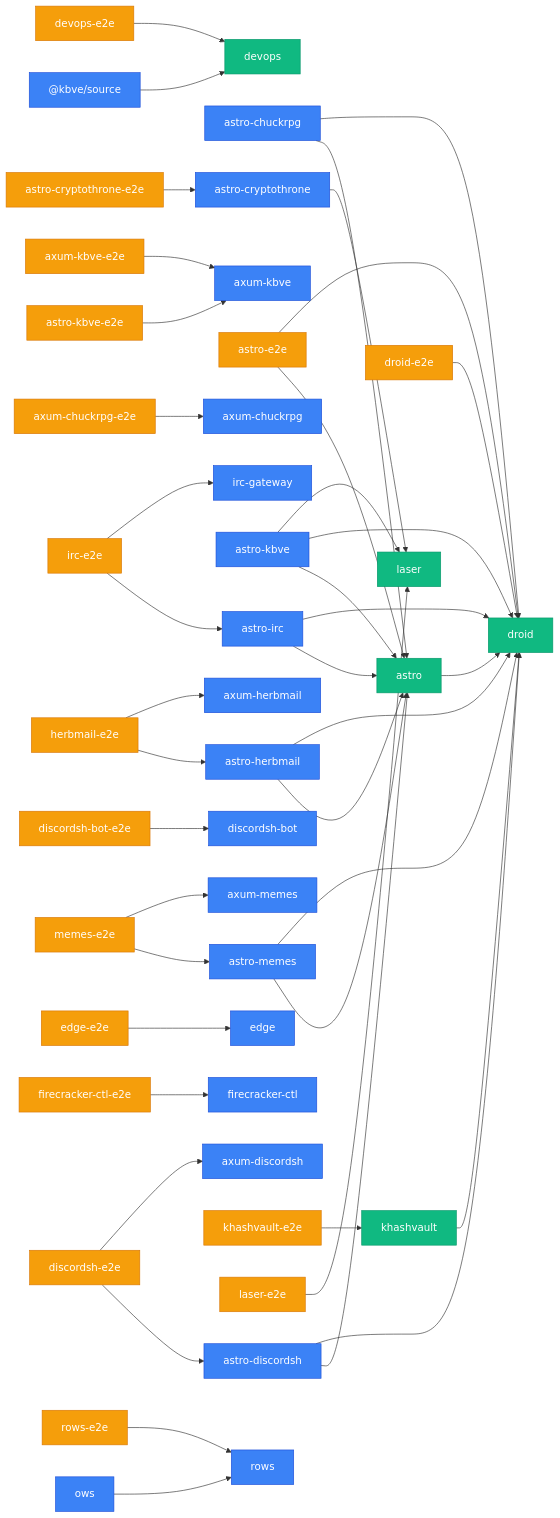
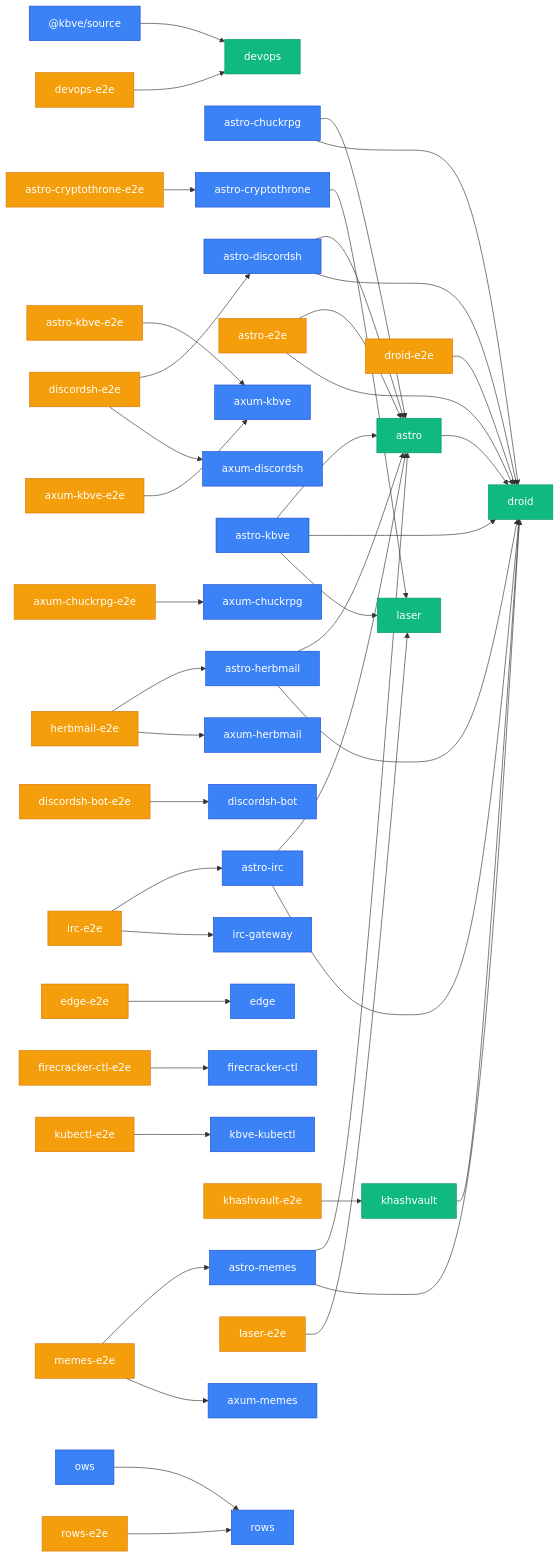
Before and after one commit to KBVE/kbve: the third of 3 diagrams in apps/kbve/astro-kbve/src/content/docs/dashboard/graph.mdx, drawn with Mermaid. The commit also changed other lines of this file and 8 other files, not shown here.

````diff
--- a/apps/kbve/astro-kbve/src/content/docs/dashboard/graph.mdx
+++ b/apps/kbve/astro-kbve/src/content/docs/dashboard/graph.mdx
@@ -79,49 +79,50 @@
 ```mermaid
 graph LR
     classDef app fill:#3b82f6,stroke:#1d4ed8,color:#fff
     classDef lib fill:#10b981,stroke:#059669,color:#fff
     classDef e2e fill:#f59e0b,stroke:#d97706,color:#fff
     _kbve_source["@kbve/source"] --> devops["devops"]
     astro["astro"] --> droid["droid"]
     astro_chuckrpg["astro-chuckrpg"] --> astro["astro"]
     astro_chuckrpg["astro-chuckrpg"] --> droid["droid"]
     astro_cryptothrone["astro-cryptothrone"] --> laser["laser"]
     astro_cryptothrone_e2e["astro-cryptothrone-e2e"] --> astro_cryptothrone["astro-cryptothrone"]
     astro_discordsh["astro-discordsh"] --> astro["astro"]
     astro_discordsh["astro-discordsh"] --> droid["droid"]
     astro_e2e["astro-e2e"] --> astro["astro"]
     astro_e2e["astro-e2e"] --> droid["droid"]
     astro_herbmail["astro-herbmail"] --> astro["astro"]
     astro_herbmail["astro-herbmail"] --> droid["droid"]
     astro_irc["astro-irc"] --> astro["astro"]
     astro_irc["astro-irc"] --> droid["droid"]
     astro_kbve["astro-kbve"] --> astro["astro"]
     astro_kbve["astro-kbve"] --> droid["droid"]
     astro_kbve["astro-kbve"] --> laser["laser"]
     astro_kbve_e2e["astro-kbve-e2e"] --> axum_kbve["axum-kbve"]
     astro_memes["astro-memes"] --> astro["astro"]
     astro_memes["astro-memes"] --> droid["droid"]
     axum_chuckrpg_e2e["axum-chuckrpg-e2e"] --> axum_chuckrpg["axum-chuckrpg"]
     axum_kbve_e2e["axum-kbve-e2e"] --> axum_kbve["axum-kbve"]
     devops_e2e["devops-e2e"] --> devops["devops"]
     discordsh_bot_e2e["discordsh-bot-e2e"] --> discordsh_bot["discordsh-bot"]
     discordsh_e2e["discordsh-e2e"] --> astro_discordsh["astro-discordsh"]
     discordsh_e2e["discordsh-e2e"] --> axum_discordsh["axum-discordsh"]
     droid_e2e["droid-e2e"] --> droid["droid"]
     edge_e2e["edge-e2e"] --> edge["edge"]
     firecracker_ctl_e2e["firecracker-ctl-e2e"] --> firecracker_ctl["firecracker-ctl"]
     herbmail_e2e["herbmail-e2e"] --> astro_herbmail["astro-herbmail"]
     herbmail_e2e["herbmail-e2e"] --> axum_herbmail["axum-herbmail"]
     irc_e2e["irc-e2e"] --> astro_irc["astro-irc"]
     irc_e2e["irc-e2e"] --> irc_gateway["irc-gateway"]
     khashvault["khashvault"] --> droid["droid"]
     khashvault_e2e["khashvault-e2e"] --> khashvault["khashvault"]
+    kubectl_e2e["kubectl-e2e"] --> kbve_kubectl["kbve-kubectl"]
     laser_e2e["laser-e2e"] --> laser["laser"]
     memes_e2e["memes-e2e"] --> astro_memes["astro-memes"]
     memes_e2e["memes-e2e"] --> axum_memes["axum-memes"]
     ows["ows"] --> rows["rows"]
     rows_e2e["rows-e2e"] --> rows["rows"]
-    class _kbve_source,angelscript,astro_chuckrpg,astro_cryptothrone,astro_discordsh,astro_herbmail,astro_irc,astro_kbve,astro_memes,axum_chuckrpg,axum_cryptothrone,axum_discordsh,axum_herbmail,axum_kbve,axum_memes,cryptothrone,desktop_kbve,discordsh,discordsh_bot,edge,firecracker_ctl,herbmail,irc,irc_gateway,isometric,kilobase,mc,memes,notification_bot,ows,pydesk,rows app
+    class _kbve_source,angelscript,astro_chuckrpg,astro_cryptothrone,astro_discordsh,astro_herbmail,astro_irc,astro_kbve,astro_memes,axum_chuckrpg,axum_cryptothrone,axum_discordsh,axum_herbmail,axum_kbve,axum_memes,cryptothrone,desktop_kbve,discordsh,discordsh_bot,edge,firecracker_ctl,herbmail,irc,irc_gateway,isometric,kbve_kubectl,kilobase,mc,memes,notification_bot,ows,pydesk,rows app
     class astro,bevy_battle,bevy_cam,bevy_inventory,bevy_items,bevy_kbve_net,bevy_mapdb,bevy_npc,bevy_player,bevy_quests,bevy_skills,bevy_statemachine,bevy_tasker,chisel_ubuntu_axum,data_proto,devops,droid,erust,holy,jedi,kbve,khashvault,laser,python_fudster,python_kbve,q lib
-    class astro_cryptothrone_e2e,astro_e2e,astro_kbve_e2e,axum_chuckrpg_e2e,axum_kbve_e2e,devops_e2e,discordsh_bot_e2e,discordsh_e2e,droid_e2e,edge_e2e,firecracker_ctl_e2e,herbmail_e2e,irc_e2e,khashvault_e2e,laser_e2e,memes_e2e,rows_e2e e2e
+    class astro_cryptothrone_e2e,astro_e2e,astro_kbve_e2e,axum_chuckrpg_e2e,axum_kbve_e2e,devops_e2e,discordsh_bot_e2e,discordsh_e2e,droid_e2e,edge_e2e,firecracker_ctl_e2e,herbmail_e2e,irc_e2e,khashvault_e2e,kubectl_e2e,laser_e2e,memes_e2e,rows_e2e e2e
 ```
````
